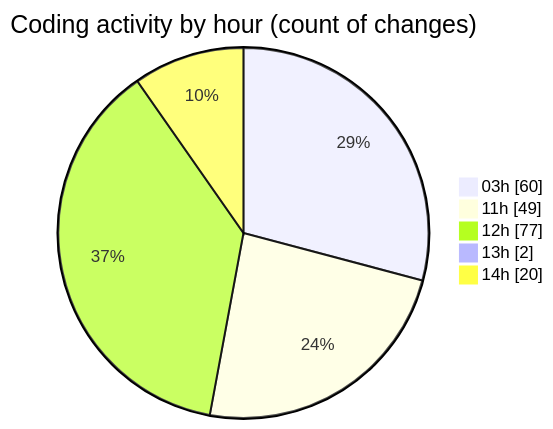
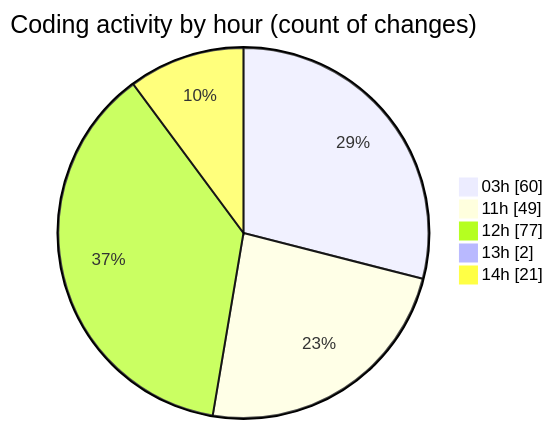
Before and after one commit to Ritupan-Deka/code-tracking: the second of 2 diagrams in 2025-07-02/mern-thinkboard/README.md, drawn with Mermaid. The commit also changed other lines of this file and 1 other file, not shown here.

````diff
--- a/2025-07-02/mern-thinkboard/README.md
+++ b/2025-07-02/mern-thinkboard/README.md
@@ -38,9 +38,9 @@
 ```mermaid
 pie showData
 title Coding activity by hour (count of changes)
 "03h" : 60
 "11h" : 49
 "12h" : 77
 "13h" : 2
-"14h" : 20
+"14h" : 21
 ```
````
